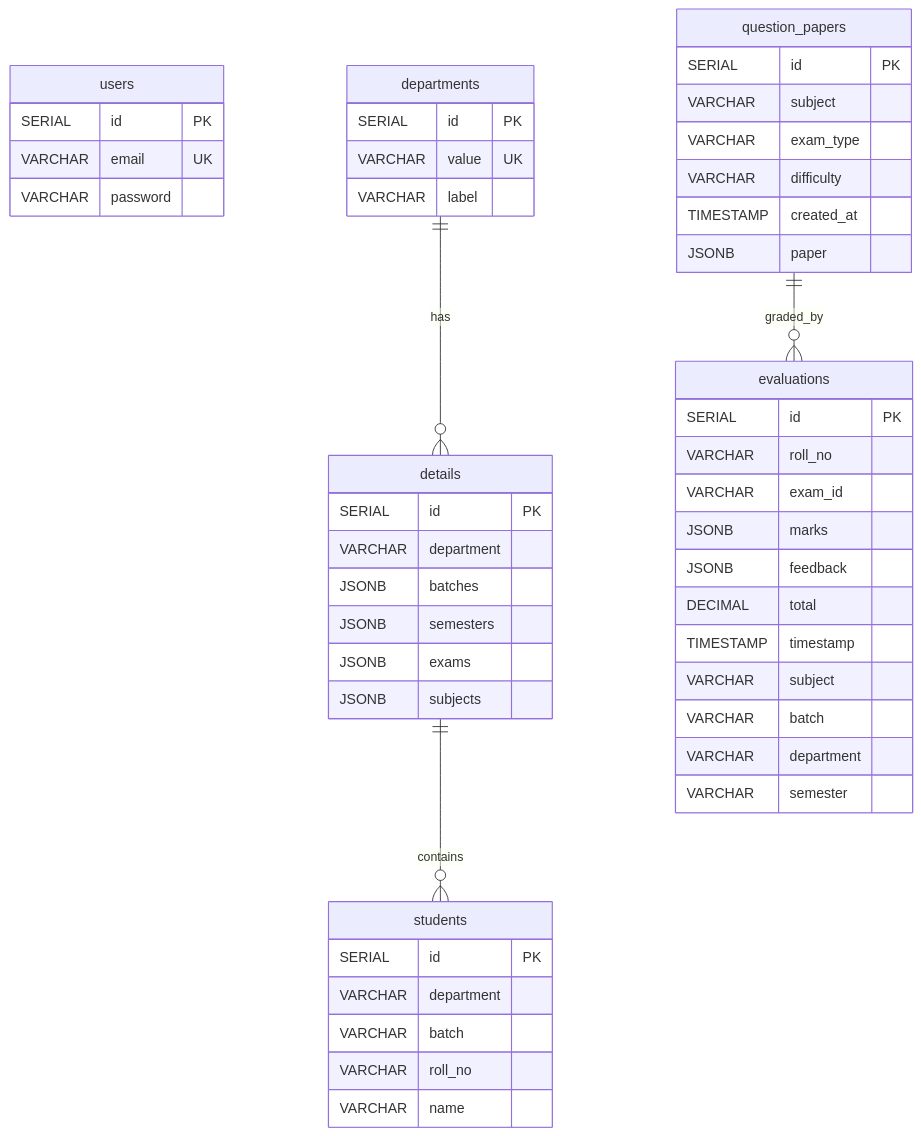
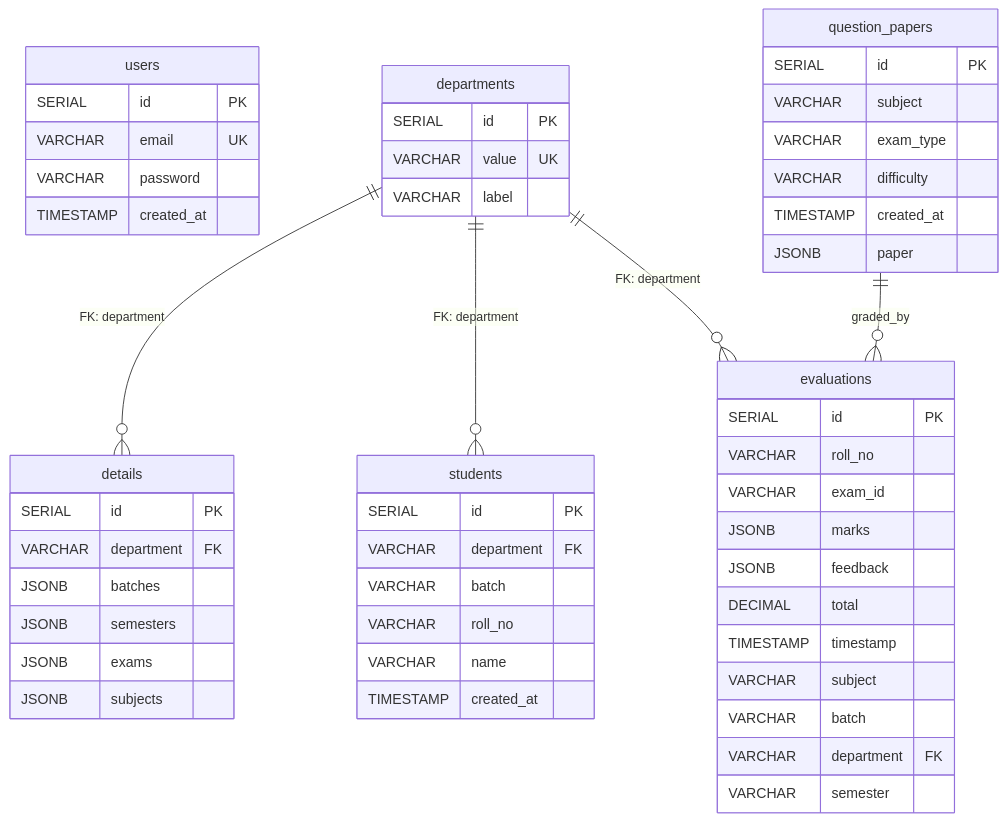
The second of 2 diagrams in README.md (Edric2412/Q-A), drawn with Mermaid before and after one commit. The commit also changed 7 other files, not shown here.

````diff
--- a/README.md
+++ b/README.md
@@ -332,52 +332,55 @@
 ```mermaid
 erDiagram
     users {
         SERIAL id PK
         VARCHAR email UK
         VARCHAR password
+        TIMESTAMP created_at
     }
     departments {
         SERIAL id PK
         VARCHAR value UK
         VARCHAR label
     }
     details {
         SERIAL id PK
-        VARCHAR department
+        VARCHAR department FK
         JSONB batches
         JSONB semesters
         JSONB exams
         JSONB subjects
     }
     students {
         SERIAL id PK
-        VARCHAR department
+        VARCHAR department FK
         VARCHAR batch
         VARCHAR roll_no
         VARCHAR name
+        TIMESTAMP created_at
     }
     question_papers {
         SERIAL id PK
         VARCHAR subject
         VARCHAR exam_type
         VARCHAR difficulty
         TIMESTAMP created_at
         JSONB paper
     }
     evaluations {
         SERIAL id PK
         VARCHAR roll_no
         VARCHAR exam_id
         JSONB marks
         JSONB feedback
         DECIMAL total
         TIMESTAMP timestamp
         VARCHAR subject
         VARCHAR batch
-        VARCHAR department
+        VARCHAR department FK
         VARCHAR semester
     }
-    departments ||--o{ details : "has"
-    details ||--o{ students : "contains"
+    departments ||--o{ details : "FK: department"
+    departments ||--o{ students : "FK: department"
+    departments ||--o{ evaluations : "FK: department"
     question_papers ||--o{ evaluations : "graded_by"
 ```
````
